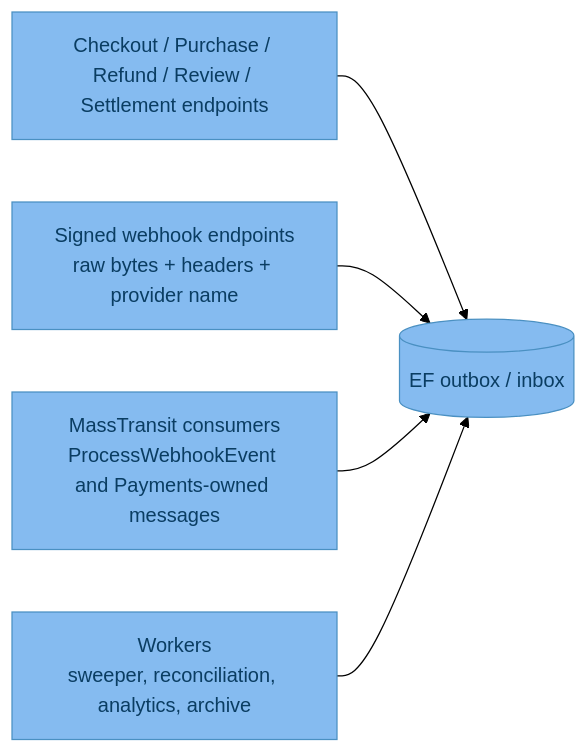
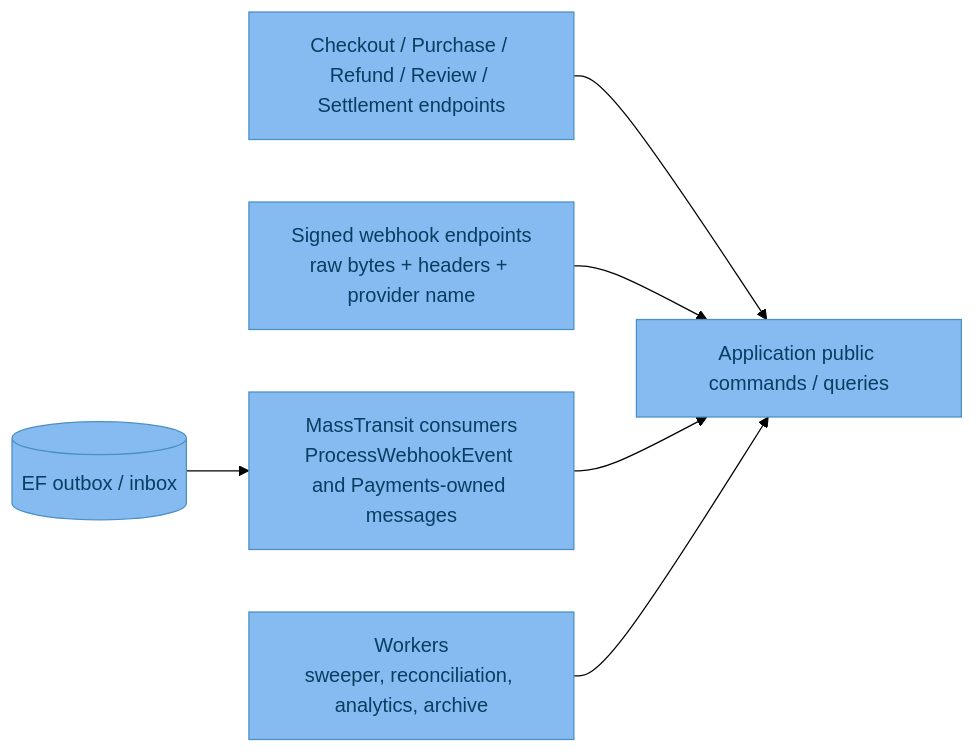
Before and after one commit to Azero77/alpha-zero: the third of 10 diagrams in plans/payments/C4Model.md, drawn with Mermaid (forest theme). The commit also changed other lines of this file, not shown here.

````diff
--- a/plans/payments/C4Model.md
+++ b/plans/payments/C4Model.md
@@ -114,13 +114,15 @@
 ```mermaid
 flowchart LR
   classDef component fill:#85bbf0,color:#0a3d62,stroke:#4a90c2;
   ep["Checkout / Purchase / Refund / Review / Settlement endpoints"]:::component
   wh["Signed webhook endpoints<br/>raw bytes + headers + provider name"]:::component
   con["MassTransit consumers<br/>ProcessWebhookEvent and Payments-owned messages"]:::component
   wrk["Workers<br/>sweeper, reconciliation, analytics, archive"]:::component
   bus[("EF outbox / inbox")]:::component
-  ep --> bus
-  wh --> bus
-  con --> bus
-  wrk --> bus
+  app["Application public commands / queries"]:::component
+  bus --> con
+  ep --> app
+  wh --> app
+  con --> app
+  wrk --> app
 ```
````
